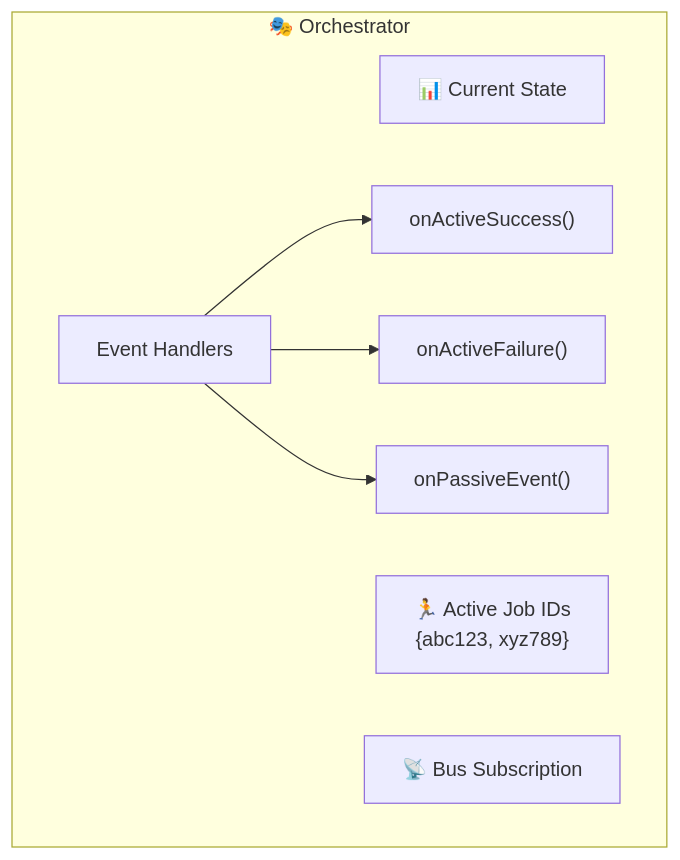
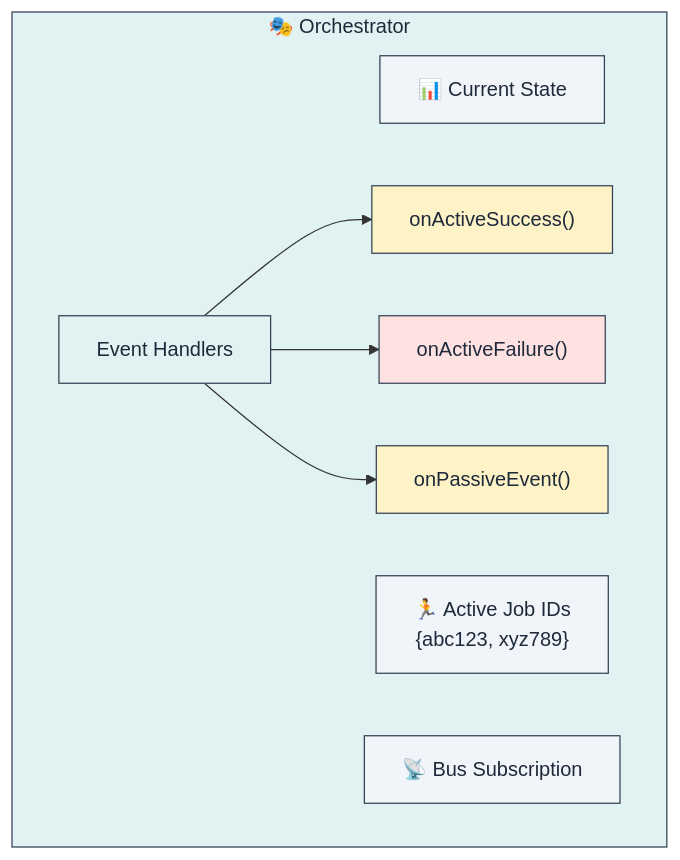
Before and after one commit to lploc94/flutter_orchestrator: the eighth of 13 diagrams in book/vi/chapters/03_core_implementation.md, drawn with Mermaid. The commit also changed other lines of this file and 3 other files, not shown here.

````diff
--- a/book/vi/chapters/03_core_implementation.md
+++ b/book/vi/chapters/03_core_implementation.md
@@ -191,13 +211,22 @@
 ```mermaid
 graph TB
     subgraph Orchestrator["🎭 Orchestrator"]
         State["📊 Current State"]
         ActiveJobs["🏃 Active Job IDs<br/>{abc123, xyz789}"]
         Subscription["📡 Bus Subscription"]
         
         Handlers["Event Handlers"]
         Handlers --> OnSuccess["onActiveSuccess()"]
         Handlers --> OnFailure["onActiveFailure()"]
         Handlers --> OnPassive["onPassiveEvent()"]
     end
+    
+    style Orchestrator fill:#e0f2f1,stroke:#334155,color:#1e293b
+    style State fill:#f1f5f9,stroke:#334155,color:#1e293b
+    style ActiveJobs fill:#f1f5f9,stroke:#334155,color:#1e293b
+    style Subscription fill:#f1f5f9,stroke:#334155,color:#1e293b
+    style Handlers fill:#e0f2f1,stroke:#334155,color:#1e293b
+    style OnSuccess fill:#fef3c7,stroke:#334155,color:#1e293b
+    style OnFailure fill:#fee2e2,stroke:#334155,color:#1e293b
+    style OnPassive fill:#fef3c7,stroke:#334155,color:#1e293b
 ```
````
